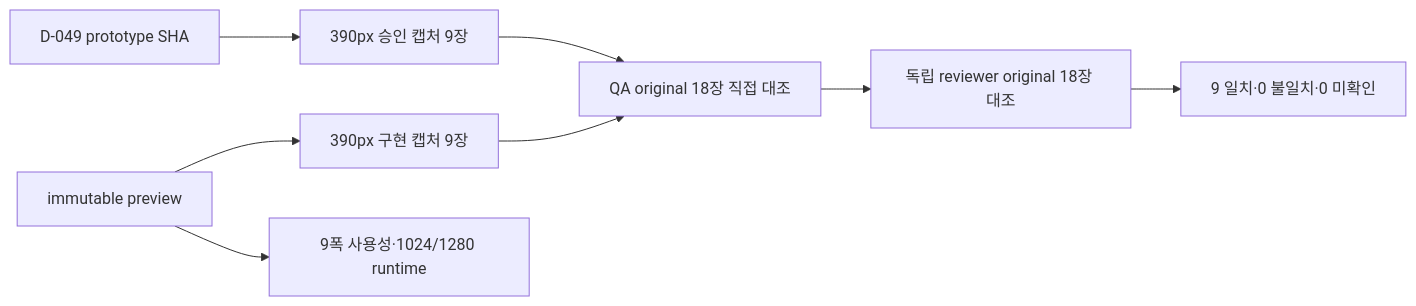
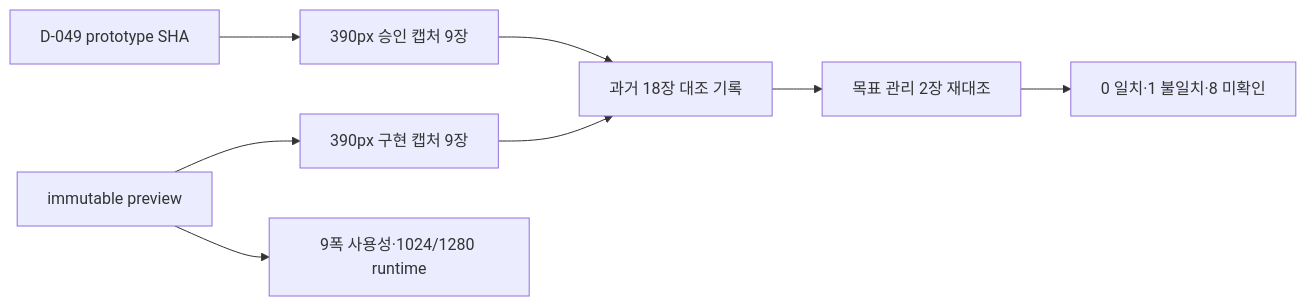
One commit to 100B-Adventures/haenael-ge changed the diagram in docs/qa/design-conformance-matrix.md. Above: the diagram before and after it, drawn with Mermaid. The commit also changed other lines of this file and 4 other files, not shown here.

````diff
--- a/docs/qa/design-conformance-matrix.md
+++ b/docs/qa/design-conformance-matrix.md
@@ -76,10 +76,10 @@
 ```mermaid
 flowchart LR
   A[D-049 prototype SHA] --> B[390px 승인 캡처 9장]
   C[immutable preview] --> D[390px 구현 캡처 9장]
-  B --> E[QA original 18장 직접 대조]
+  B --> E[과거 18장 대조 기록]
   D --> E
-  E --> F[독립 reviewer original 18장 대조]
-  F --> G[9 일치·0 불일치·0 미확인]
+  E --> F[목표 관리 2장 재대조]
+  F --> G[0 일치·1 불일치·8 미확인]
   C --> H[9폭 사용성·1024/1280 runtime]
 ```
````
